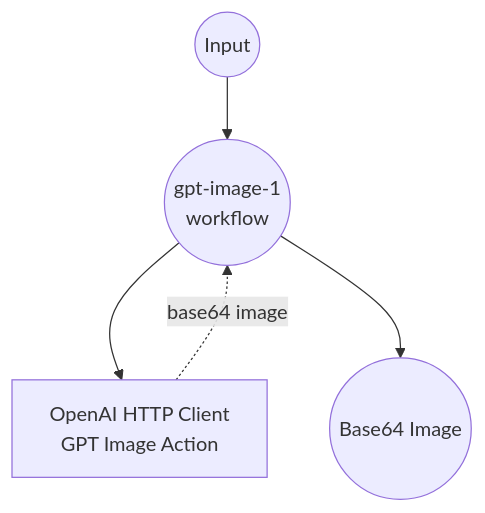
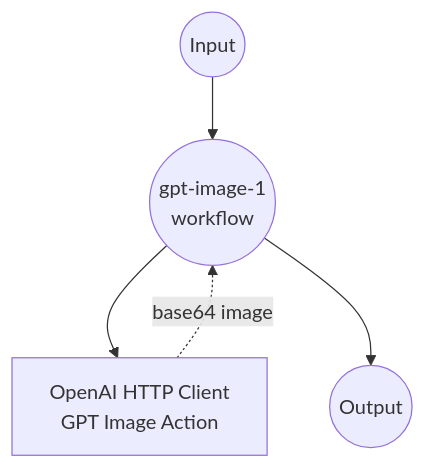
One commit to hanyeol/model-compose changed the second of 2 diagrams in examples/openai-image-generations/README.md. Above: the diagram before and after it, drawn with Mermaid. The commit also changed other lines of this file and 24 other files, not shown here.

````diff
--- a/examples/openai-image-generations/README.md
+++ b/examples/openai-image-generations/README.md
@@ -138,16 +151,16 @@
 ```mermaid
 graph TD
     %% Default job (implicit)
     J1((gpt-image-1<br/>workflow))
 
     %% Component
     C1[OpenAI HTTP Client<br/>GPT Image Action]
 
     %% Job to component connections
     J1 --> C1
     C1 -.-> |base64 image| J1
 
     %% Input/Output
     Input((Input)) --> J1
-    J1 --> Output((Base64 Image))
+    J1 --> Output((Output))
 ```
````
